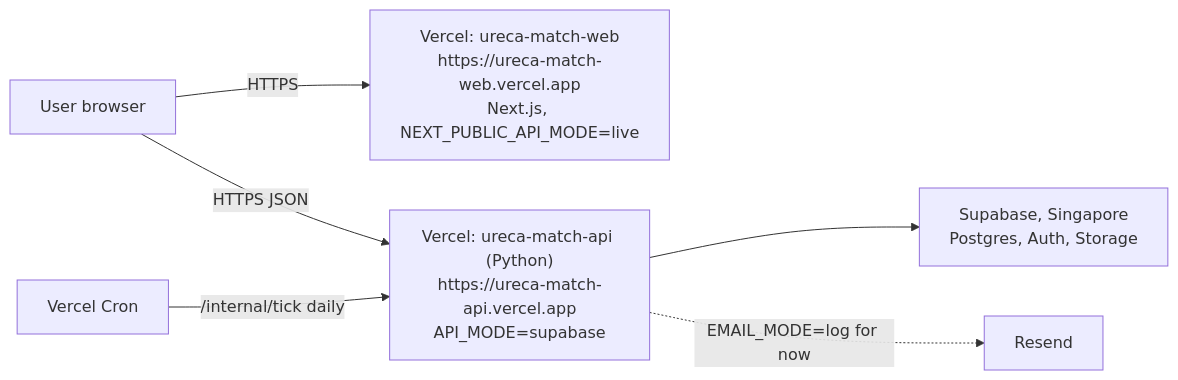
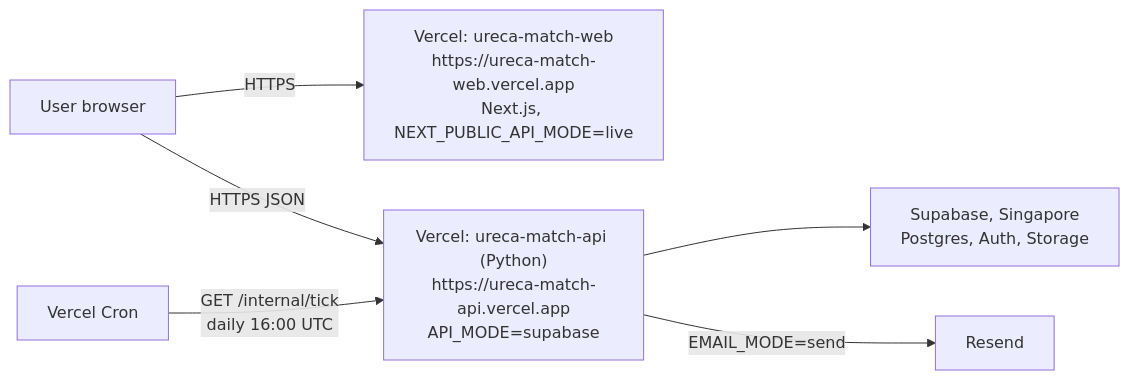
The second of 2 diagrams in ureca-match-app/docs/architecture.md (SundayVermillions/URECAMatch), drawn with Mermaid before and after one commit. The commit also changed other lines of this file and 1 other file, not shown here.

First line of the commit message:
Docs: slice E tidy-up of architecture and dev plan

````diff
--- a/ureca-match-app/docs/architecture.md
+++ b/ureca-match-app/docs/architecture.md
@@ -161,8 +161,8 @@
 ```mermaid
 flowchart LR
   U["User browser"] -- HTTPS --> W["Vercel: ureca-match-web<br/>https://ureca-match-web.vercel.app<br/>Next.js, NEXT_PUBLIC_API_MODE=live"]
   U -- "HTTPS JSON" --> A["Vercel: ureca-match-api (Python)<br/>https://ureca-match-api.vercel.app<br/>API_MODE=supabase"]
-  C["Vercel Cron"] -- "/internal/tick daily" --> A
+  C["Vercel Cron"] -- "GET /internal/tick<br/>daily 16:00 UTC" --> A
   A --> S["Supabase, Singapore<br/>Postgres, Auth, Storage"]
-  A -. "EMAIL_MODE=log for now" .-> R["Resend"]
+  A -- "EMAIL_MODE=send" --> R["Resend"]
 ```
````
